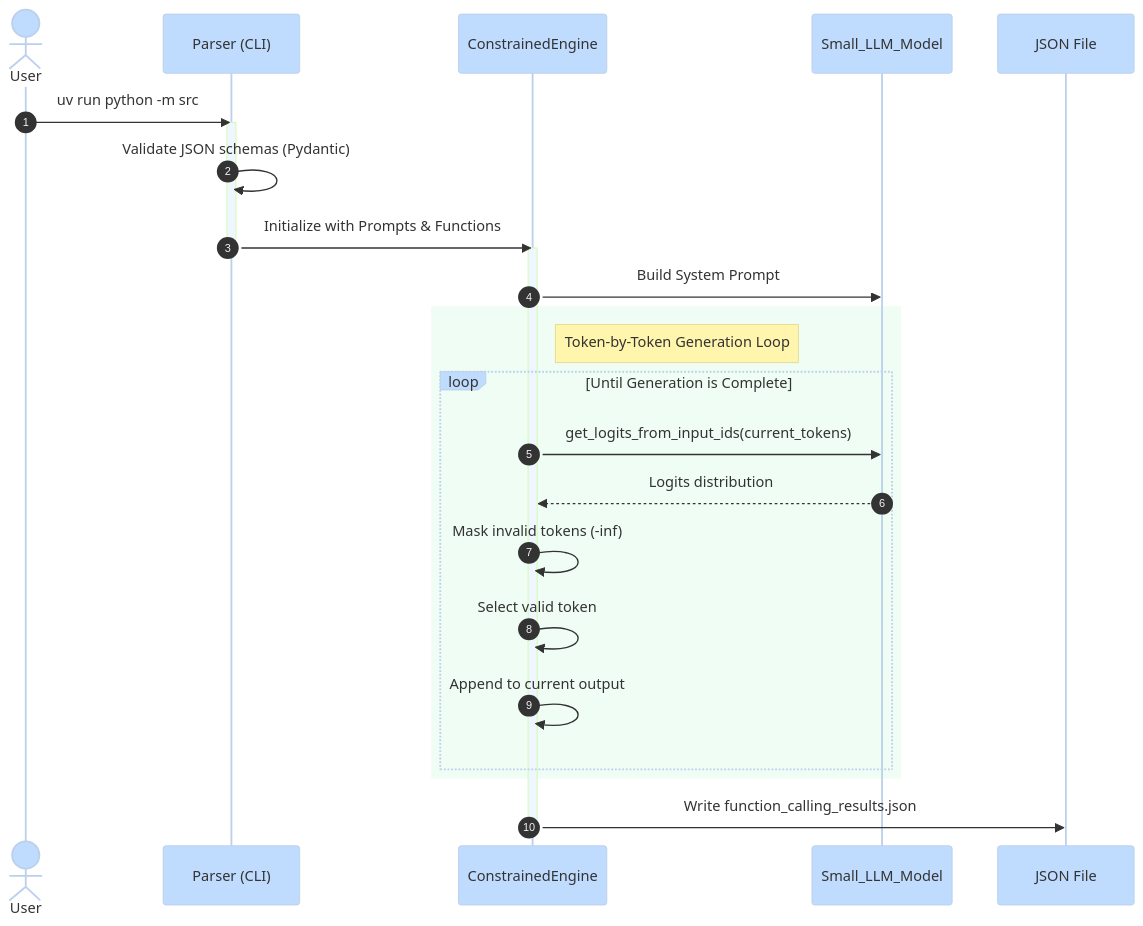
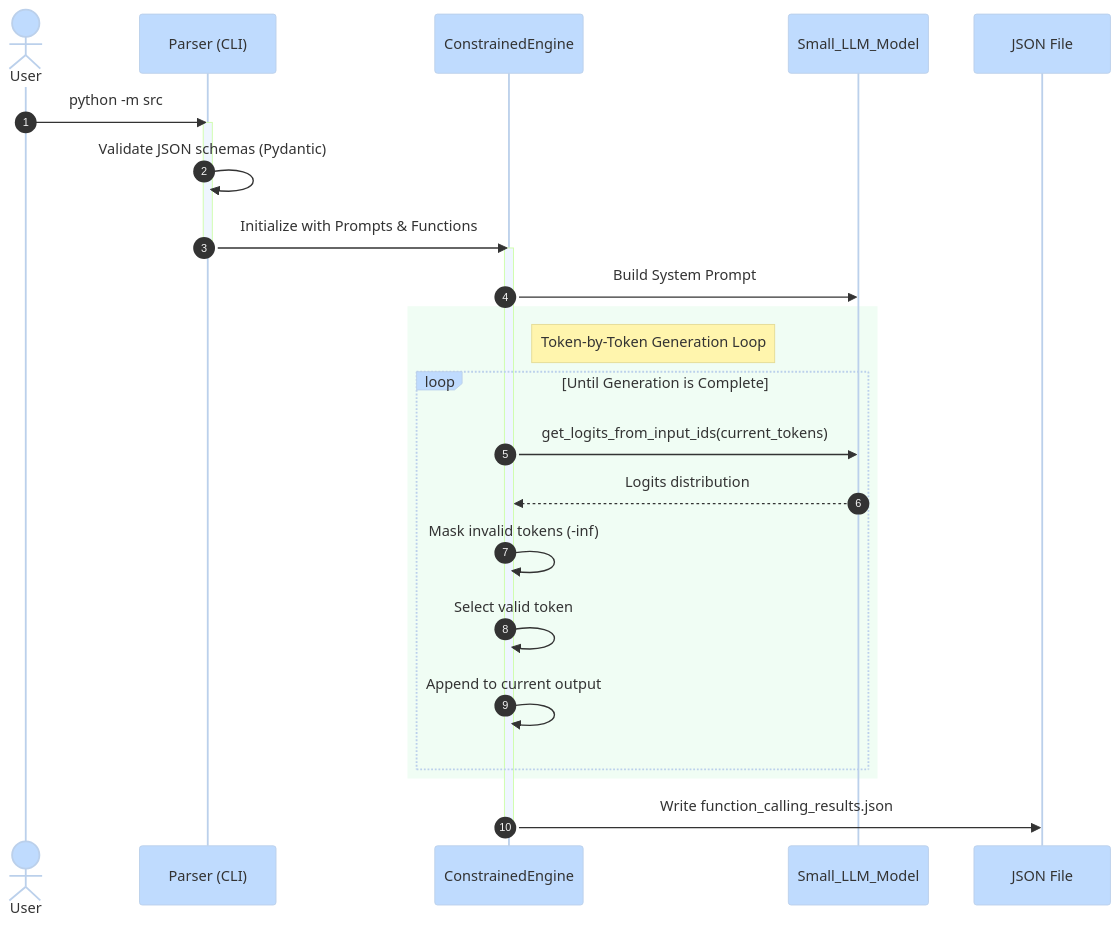
Before and after one commit to agalvan-dc/Call-Me-Maybe: the first of 2 diagrams in README.md, drawn with Mermaid. The commit also changed other lines of this file and 11 other files, not shown here.

````diff
--- a/README.md
+++ b/README.md
@@ -61,35 +73,33 @@
 ```mermaid
 %%{init: {'theme': 'base', 'themeVariables': { 'primaryColor': '#dbeafe', 'edgeColor': '#3b82f6', 'actorBkg': '#bfdbfe', 'activationBkgColor': '#eff6ff'}}}%%
 sequenceDiagram
     autonumber
     actor User as User
     participant CLI as Parser (CLI)
     participant Engine as ConstrainedEngine
     participant SDK as Small_LLM_Model
     participant Output as JSON File
 
-    User->>CLI: uv run python -m src
+    User->>CLI: python -m src
     activate CLI
     CLI->>CLI: Validate JSON schemas (Pydantic)
     CLI->>Engine: Initialize with Prompts & Functions
     deactivate CLI
-    
+
     activate Engine
     Engine->>SDK: Build System Prompt
-    
+
     rect rgb(240, 253, 244)
         note right of Engine: Token-by-Token Generation Loop
         loop Until Generation is Complete
             Engine->>SDK: get_logits_from_input_ids(current_tokens)
             SDK-->>Engine: Logits distribution
             Engine->>Engine: Mask invalid tokens (-inf)
             Engine->>Engine: Select valid token
             Engine->>Engine: Append to current output
         end
     end
-    
+
     Engine->>Output: Write function_calling_results.json
     deactivate Engine
-
-
 ```
````
